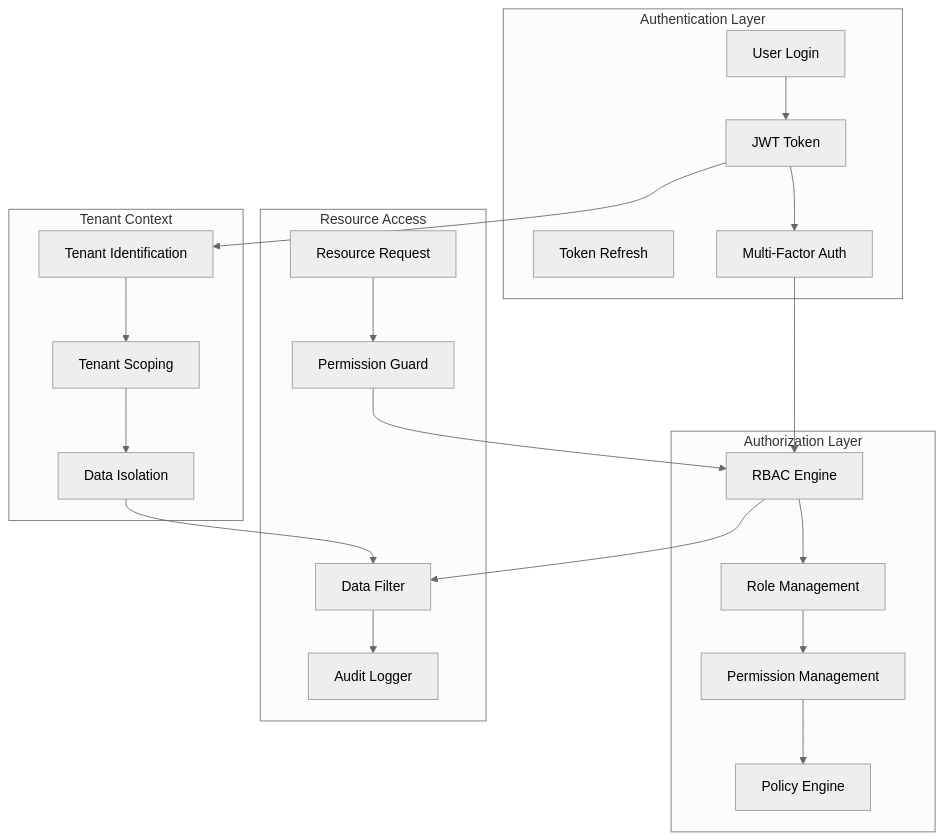
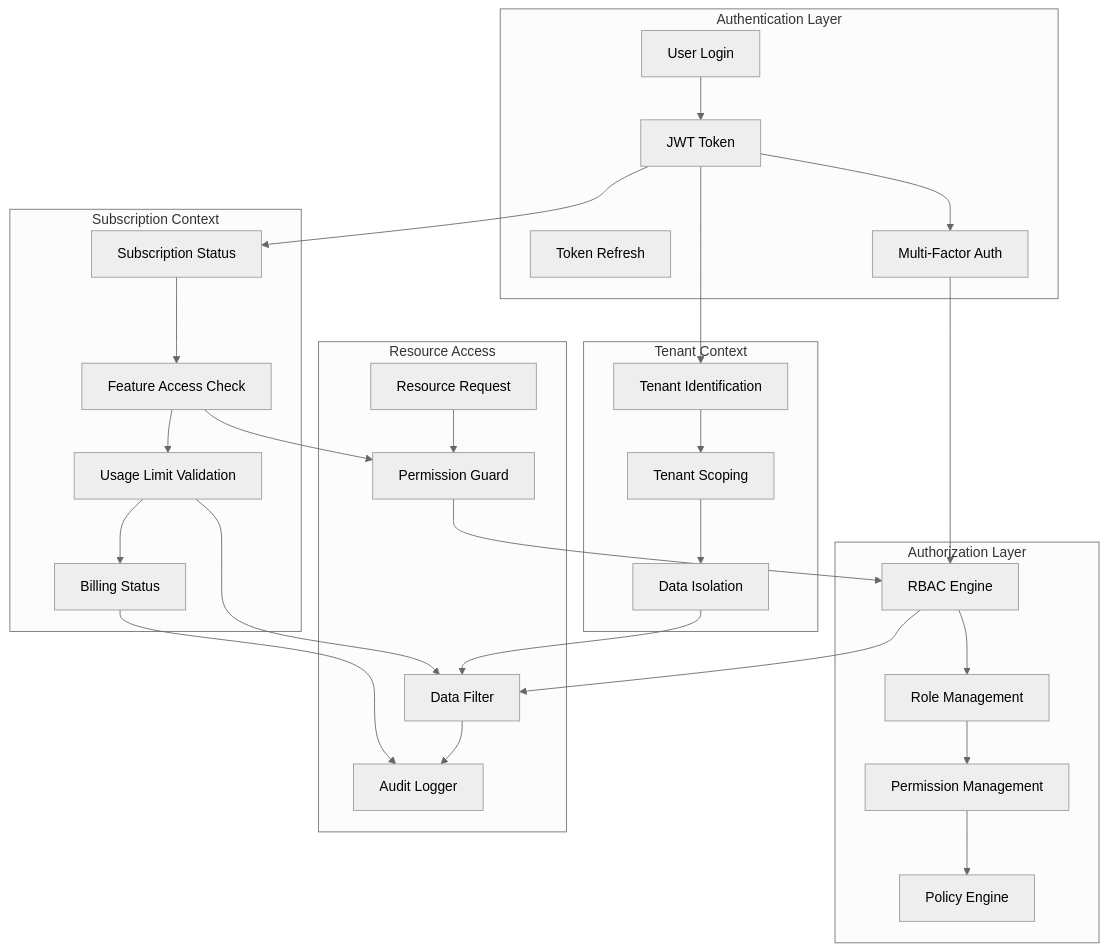
The eighth of 8 diagrams in 02-architecture/architecture-diagrams.md (azad25/erp-suite), drawn with Mermaid (neutral theme) before and after one commit. The commit also changed other lines of this file and 31 other files, not shown here.

````diff
--- a/02-architecture/architecture-diagrams.md
+++ b/02-architecture/architecture-diagrams.md
@@ -493,48 +637,63 @@
 ```mermaid
 graph TB
     subgraph "Authentication Layer"
         LOGIN[User Login]
         JWT[JWT Token]
         REFRESH[Token Refresh]
         MFA[Multi-Factor Auth]
     end
     
     subgraph "Authorization Layer"
         RBAC_ENGINE[RBAC Engine]
         ROLES[Role Management]
         PERMISSIONS[Permission Management]
         POLICIES[Policy Engine]
     end
     
     subgraph "Resource Access"
         RESOURCE[Resource Request]
         GUARD[Permission Guard]
         FILTER[Data Filter]
         AUDIT[Audit Logger]
     end
     
     subgraph "Tenant Context"
         TENANT_ID[Tenant Identification]
         TENANT_SCOPE[Tenant Scoping]
         ISOLATION[Data Isolation]
     end
     
+    subgraph "Subscription Context"
+        SUB_STATUS[Subscription Status]
+        FEATURE_ACCESS[Feature Access Check]
+        USAGE_LIMITS[Usage Limit Validation]
+        BILLING_STATUS[Billing Status]
+    end
+    
     LOGIN --> JWT
     JWT --> MFA
     MFA --> RBAC_ENGINE
     
     RBAC_ENGINE --> ROLES
     ROLES --> PERMISSIONS
     PERMISSIONS --> POLICIES
     
     RESOURCE --> GUARD
     GUARD --> RBAC_ENGINE
     RBAC_ENGINE --> FILTER
     FILTER --> AUDIT
     
     JWT --> TENANT_ID
     TENANT_ID --> TENANT_SCOPE
     TENANT_SCOPE --> ISOLATION
     
+    JWT --> SUB_STATUS
+    SUB_STATUS --> FEATURE_ACCESS
+    FEATURE_ACCESS --> USAGE_LIMITS
+    USAGE_LIMITS --> BILLING_STATUS
+    
     ISOLATION --> FILTER
+    FEATURE_ACCESS --> GUARD
+    USAGE_LIMITS --> FILTER
+    BILLING_STATUS --> AUDIT
 ```
````
